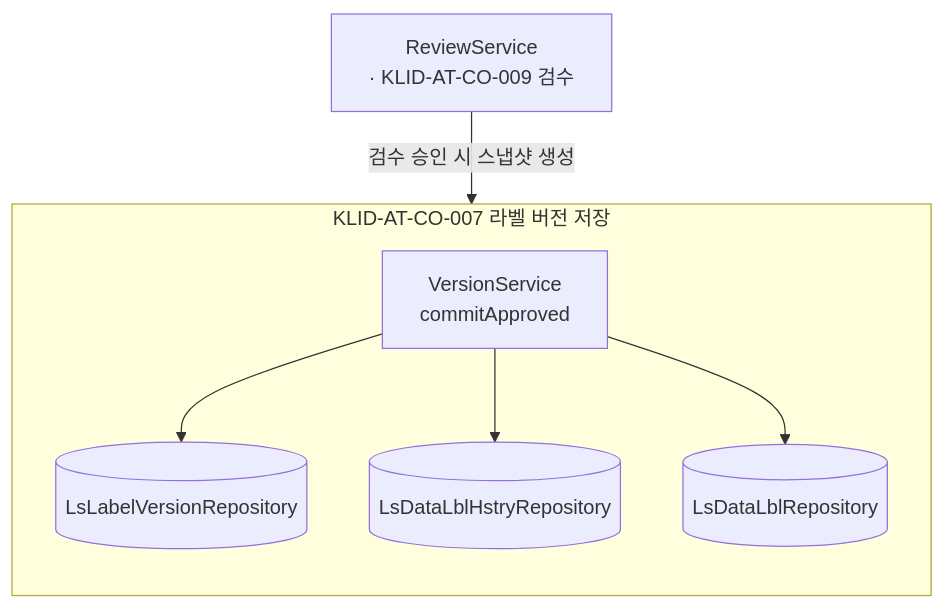
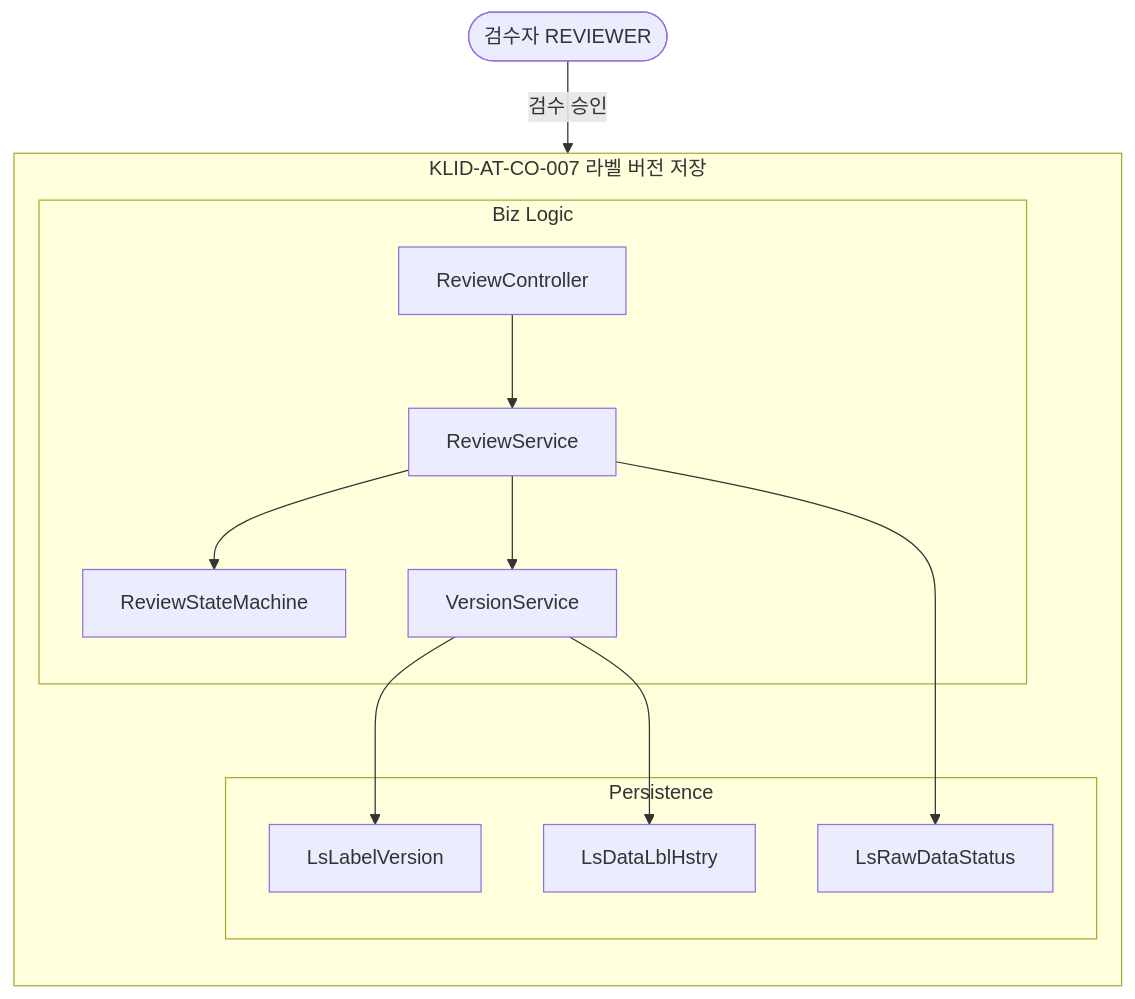
The seventh of 13 diagrams in docs/design/D3-컴포넌트설계서.md (New-stella/klid-label), drawn with Mermaid before and after one commit. The commit also changed other lines of this file and 32 other files, not shown here.

````diff
--- a/docs/design/D3-컴포넌트설계서.md
+++ b/docs/design/D3-컴포넌트설계서.md
@@ -183,15 +222,25 @@
 ```mermaid
 flowchart TD
-    RS[ReviewService<br/>· KLID-AT-CO-009 검수]
+    REVIEWER([검수자 REVIEWER])
     subgraph CO007[KLID-AT-CO-007 라벨 버전 저장]
         direction TB
-        VS[VersionService<br/>commitApproved]
-        LLV[(LsLabelVersionRepository)]
-        LDLH[(LsDataLblHstryRepository)]
-        LDL[(LsDataLblRepository)]
+        subgraph BIZ7[Biz Logic]
+            RC[ReviewController]
+            RS[ReviewService]
+            RSM[ReviewStateMachine]
+            VS[VersionService]
+        end
+        subgraph PER7[Persistence]
+            LLV[LsLabelVersion]
+            LDH[LsDataLblHstry]
+            LRS[LsRawDataStatus]
+        end
+        RC --> RS
+        RS --> RSM
+        RS --> VS
         VS --> LLV
-        VS --> LDLH
-        VS --> LDL
+        VS --> LDH
+        RS --> LRS
     end
-    RS -->|검수 승인 시 스냅샷 생성| VS
+    REVIEWER -->|검수 승인| RC
 ```
````
